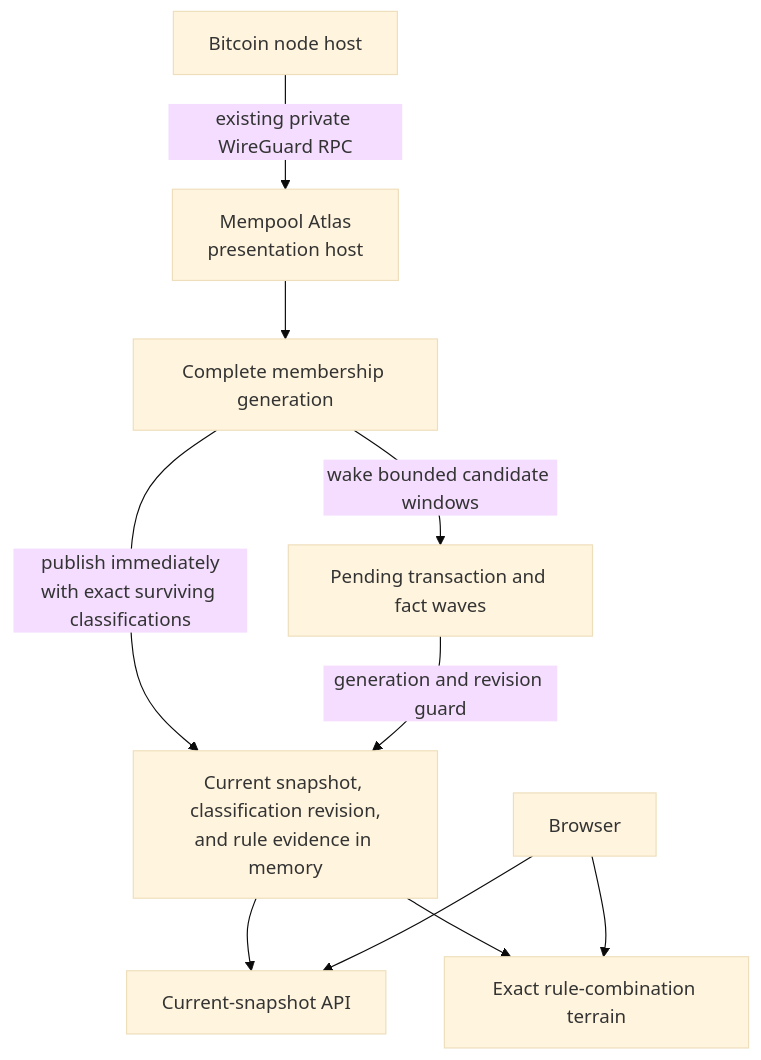
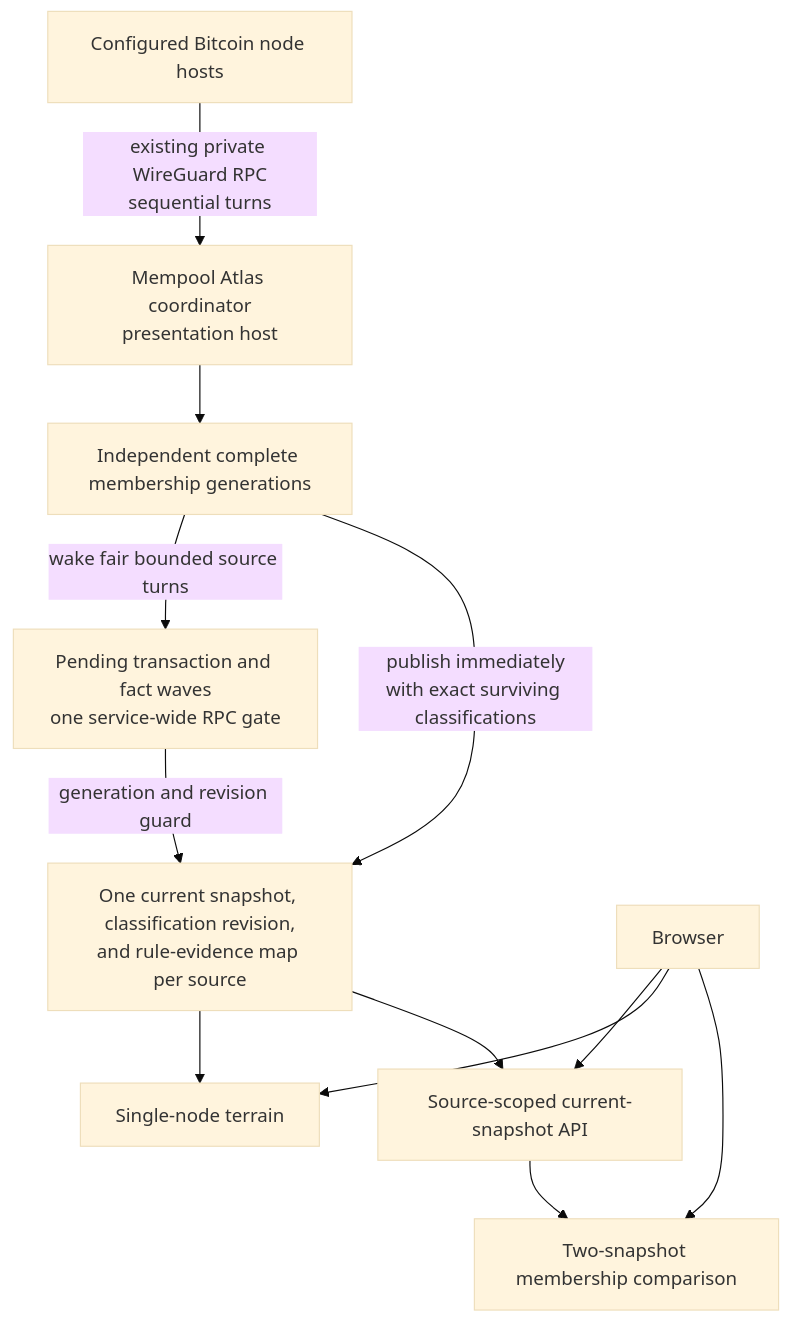
The diagram in README.md (deadmanoz/mempool-atlas), drawn with Mermaid (base theme) before and after one commit. The commit also changed other lines of this file and 27 other files, not shown here.

Commit message:
feat(atlas): add bounded snapshot comparison

````diff
--- a/README.md
+++ b/README.md
@@ -15,12 +16,14 @@
 ```mermaid
 flowchart TB
-    node["Bitcoin node host"] -->|"existing private WireGuard RPC"| atlas["Mempool Atlas<br/>presentation host"]
-    atlas --> membership["Complete membership generation"]
-    membership -->|"publish immediately<br/>with exact surviving classifications"| current["Current snapshot, classification revision,<br/>and rule evidence in memory"]
-    membership -->|"wake bounded candidate windows"| policy["Pending transaction and fact waves"]
+    nodes["Configured Bitcoin node hosts"] -->|"existing private WireGuard RPC<br/>sequential turns"| atlas["Mempool Atlas coordinator<br/>presentation host"]
+    atlas --> membership["Independent complete membership generations"]
+    membership -->|"publish immediately<br/>with exact surviving classifications"| current["One current snapshot, classification revision,<br/>and rule-evidence map per source"]
+    membership -->|"wake fair bounded source turns"| policy["Pending transaction and fact waves<br/>one service-wide RPC gate"]
     policy -->|"generation and revision guard"| current
-    current --> api["Current-snapshot API"]
-    current --> web["Exact rule-combination terrain"]
-    browser["Browser"] --> web
+    current --> api["Source-scoped current-snapshot API"]
+    current --> web["Single-node terrain"]
+    browser["Browser"] --> compare["Two-snapshot membership comparison"]
+    api --> compare
+    browser --> web
     browser --> api
 ```
````
